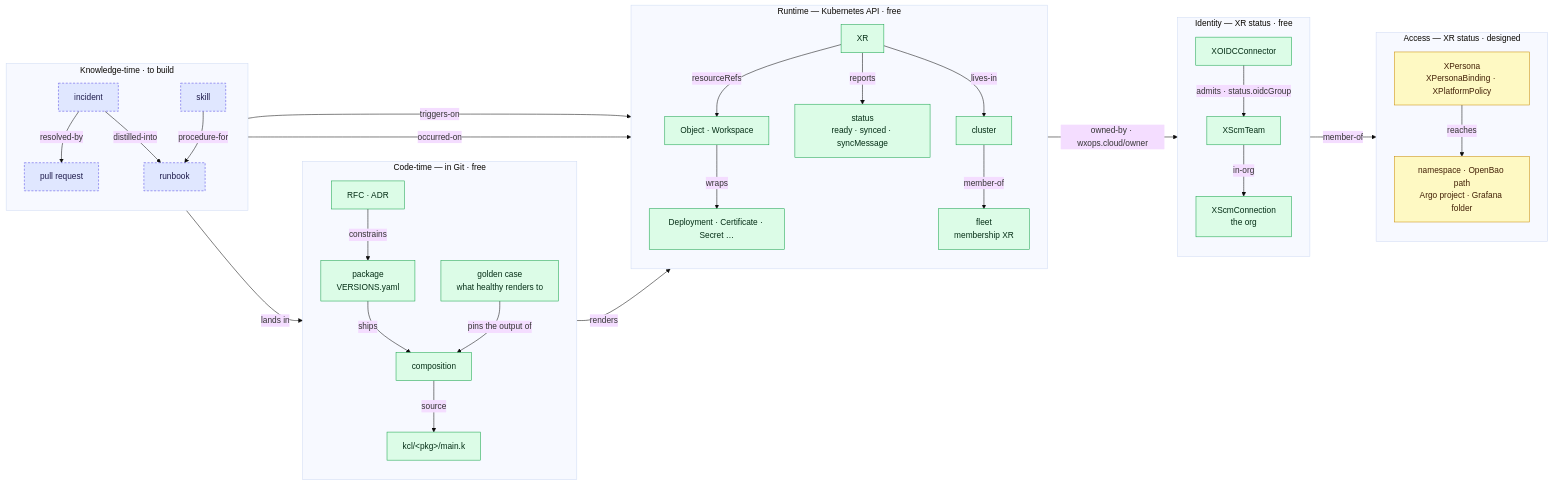
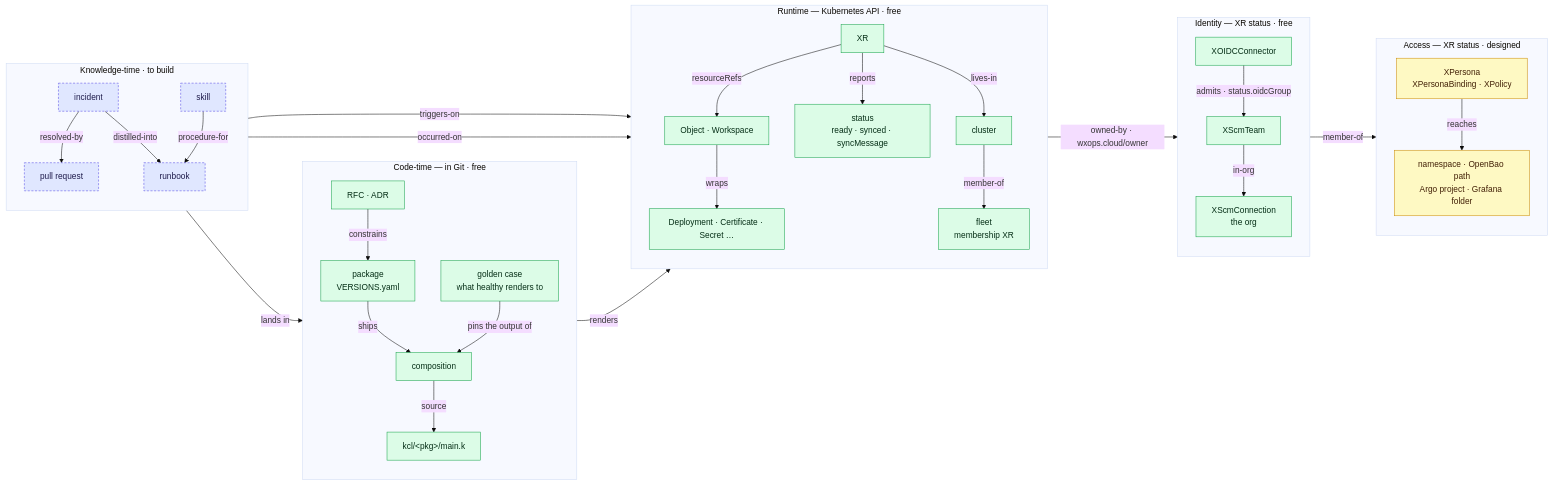
Before and after one commit to wxops-idp/wxops-core: the first of 2 diagrams in development-docs/core-ideas/knowledge-architecture.md, drawn with Mermaid (base theme). The commit also changed other lines of this file and 29 other files, not shown here.

````diff
--- a/development-docs/core-ideas/knowledge-architecture.md
+++ b/development-docs/core-ideas/knowledge-architecture.md
@@ -128,73 +128,73 @@
 ```mermaid
 flowchart LR
     subgraph CODE["Code-time — in Git · free"]
         direction TB
         RFC["RFC · ADR"]
         PKG["package<br/>VERSIONS.yaml"]
         COMP["composition"]
         KCL["kcl/&lt;pkg&gt;/main.k"]
         GOLD["golden case<br/>what healthy renders to"]
     end
 
     subgraph RUN["Runtime — Kubernetes API · free"]
         direction TB
         XR["XR"]
         OBJ["Object · Workspace"]
         RES["Deployment · Certificate · Secret …"]
         ST["status<br/>ready · synced · syncMessage"]
         CL["cluster"]
         FLEET["fleet<br/>membership XR"]
     end
 
     subgraph IDN["Identity — XR status · free"]
         direction TB
         CONN["XScmConnection<br/>the org"]
         TEAM["XScmTeam"]
         DEX["XOIDCConnector"]
     end
 
     subgraph ACC["Access — XR status · designed"]
         direction TB
-        PERSONA["XPersona<br/>XPersonaBinding · XPlatformPolicy"]
+        PERSONA["XPersona<br/>XPersonaBinding · XPolicy"]
         TGT["namespace · OpenBao path<br/>Argo project · Grafana folder"]
     end
 
     subgraph KNOW["Knowledge-time · to build"]
         direction TB
         RB["runbook"]
         INC["incident"]
         PR["pull request"]
         SK["skill"]
     end
 
     RFC -->|constrains| PKG
     PKG -->|ships| COMP
     COMP -->|source| KCL
     GOLD -->|"pins the output of"| COMP
     COMP -->|renders| XR
 
     XR -->|resourceRefs| OBJ -->|wraps| RES
     XR -->|reports| ST
     XR -->|lives-in| CL -->|member-of| FLEET
 
     XR -->|"owned-by · wxops.cloud/owner"| TEAM
     TEAM -->|in-org| CONN
     DEX -->|"admits · status.oidcGroup"| TEAM
 
     TEAM -->|member-of| PERSONA
     PERSONA -->|reaches| TGT
 
     RB -->|"triggers-on"| ST
     INC -->|"occurred-on"| XR
     INC -->|"resolved-by"| PR
     INC -->|"distilled-into"| RB
     SK -->|"procedure-for"| RB
     PR -->|"lands in"| PKG
 
     classDef free fill:#dcfce7,stroke:#16a34a,color:#052e16
     classDef designed fill:#fef9c3,stroke:#ca8a04,color:#422006
     classDef tobuild fill:#e0e7ff,stroke:#4f46e5,color:#1e1b4b,stroke-dasharray:4 3
     class RFC,PKG,COMP,KCL,GOLD,XR,OBJ,RES,ST,CL,FLEET,CONN,TEAM,DEX free
     class PERSONA,TGT designed
     class RB,INC,PR,SK tobuild
 ```
````
